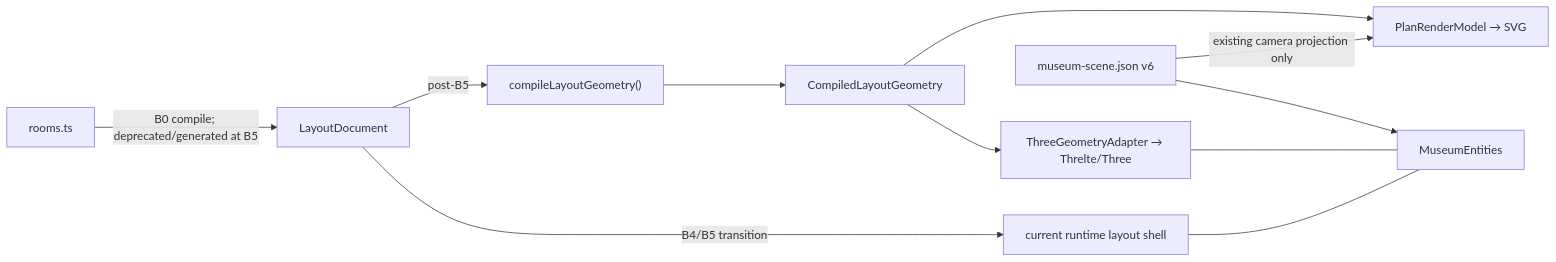
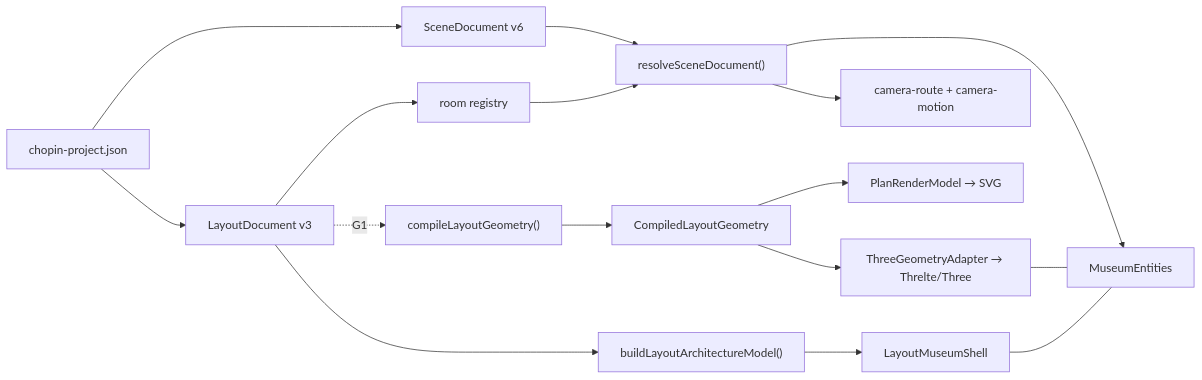
The diagram in docs/architecture.md (toni8699/Museum), drawn with Mermaid before and after one commit. The commit also changed other lines of this file and 71 other files, not shown here.

````diff
--- a/docs/architecture.md
+++ b/docs/architecture.md
@@ -29,13 +30,18 @@
 ```mermaid
 flowchart LR
-  rooms["rooms.ts"] -->|B0 compile; deprecated/generated at B5| layout["LayoutDocument"]
-  layout -->|post-B5| compile["compileLayoutGeometry()"]
+  project["chopin-project.json"] --> layout["LayoutDocument v3"]
+  project --> scene["SceneDocument v6"]
+  layout --> registry["room registry"]
+  layout --> runtime["buildLayoutArchitectureModel()"]
+  runtime --> shell["LayoutMuseumShell"]
+  scene --> resolve["resolveSceneDocument()"]
+  registry --> resolve
+  resolve --> entities["MuseumEntities"]
+  resolve --> motion["camera-route + camera-motion"]
+  layout -.->|G1| compile["compileLayoutGeometry()"]
   compile --> compiled["CompiledLayoutGeometry"]
   compiled --> plan["PlanRenderModel → SVG"]
   compiled --> three["ThreeGeometryAdapter → Threlte/Three"]
-  layout -->|B4/B5 transition| shell["current runtime layout shell"]
-  scene["museum-scene.json v6"] --> entities[MuseumEntities]
-  scene -->|existing camera projection only| plan
   three --- entities
   shell --- entities
 ```
````
